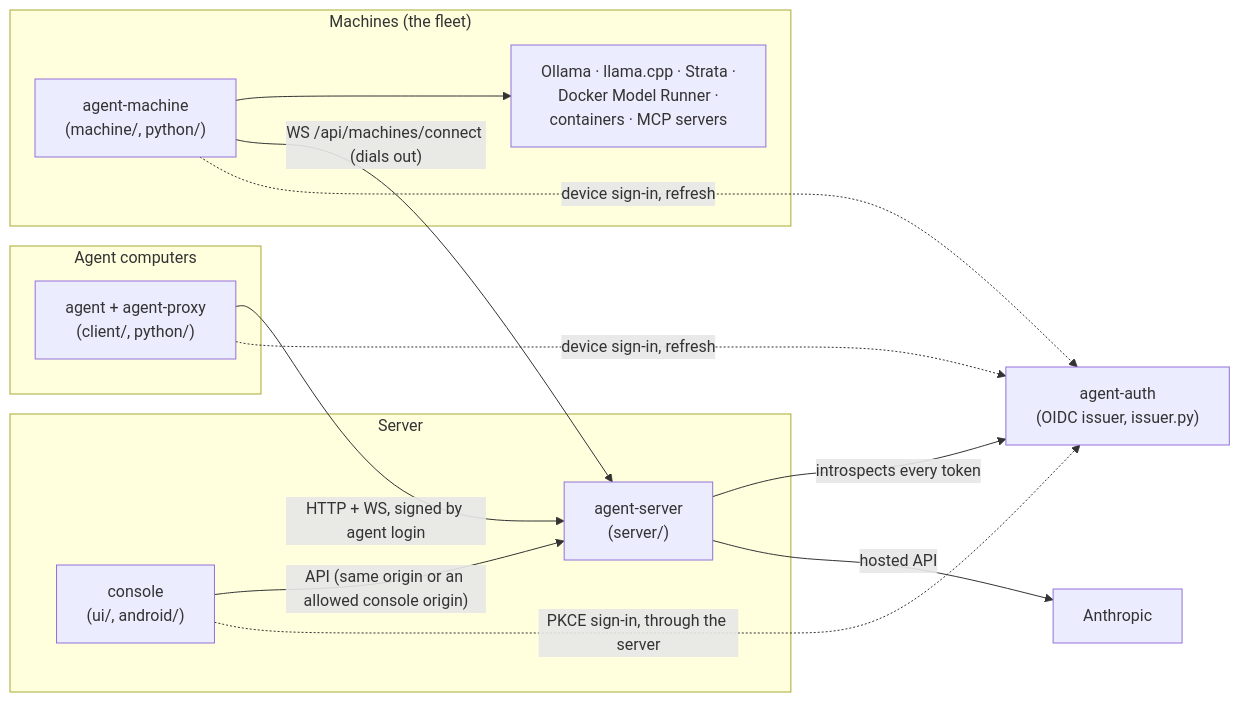
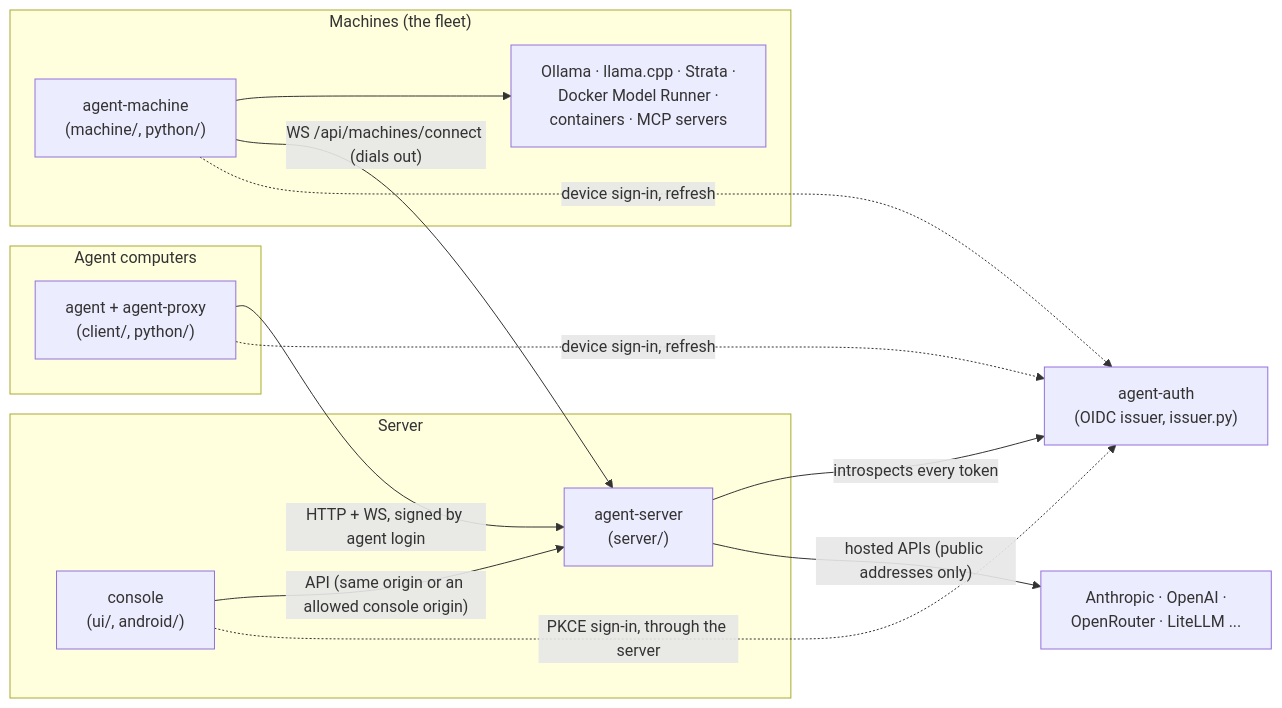
Before and after one commit to joeyenfield/ai-coding-agent-proxy: the first of 2 diagrams in .context/overview.md, drawn with Mermaid. The commit also changed other lines of this file and 58 other files, not shown here.

Commit message:
API providers: OpenAI and Anthropic-compatible backends (hosted, gateways, LM Studio/vLLM/SGLang on machines), keys, protocol checks, fallback, console and docs

````diff
--- a/.context/overview.md
+++ b/.context/overview.md
@@ -7,24 +7,24 @@
 ```mermaid
 flowchart LR
   subgraph AG["Agent computers"]
     agent["agent + agent-proxy<br/>(client/, python/)"]
   end
   subgraph HUB["Server"]
     server["agent-server<br/>(server/)"]
     console["console<br/>(ui/, android/)"]
   end
   subgraph FL["Machines (the fleet)"]
     machine["agent-machine<br/>(machine/, python/)"]
     models["Ollama · llama.cpp · Strata ·<br/>Docker Model Runner ·<br/>containers · MCP servers"]
     machine --> models
   end
   issuer["agent-auth<br/>(OIDC issuer, issuer.py)"]
   agent -- "HTTP + WS, signed by agent login" --> server
   console -- "API (same origin or an allowed console origin)" --> server
   machine -- "WS /api/machines/connect (dials out)" --> server
   agent -.->|"device sign-in, refresh"| issuer
   machine -.->|"device sign-in, refresh"| issuer
   console -.->|"PKCE sign-in, through the server"| issuer
   server -- "introspects every token" --> issuer
-  server -- "hosted API" --> hosted["Anthropic"]
+  server -- "hosted APIs (public addresses only)" --> hosted["Anthropic · OpenAI ·<br/>OpenRouter · LiteLLM ..."]
 ```
````
